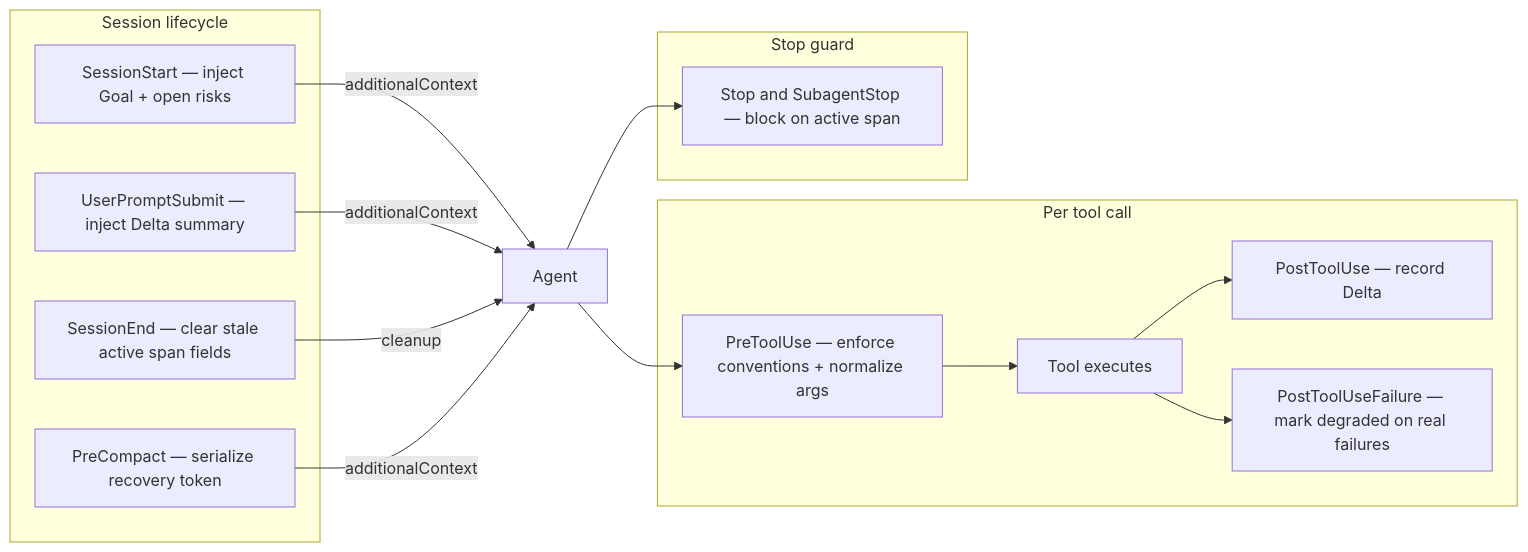
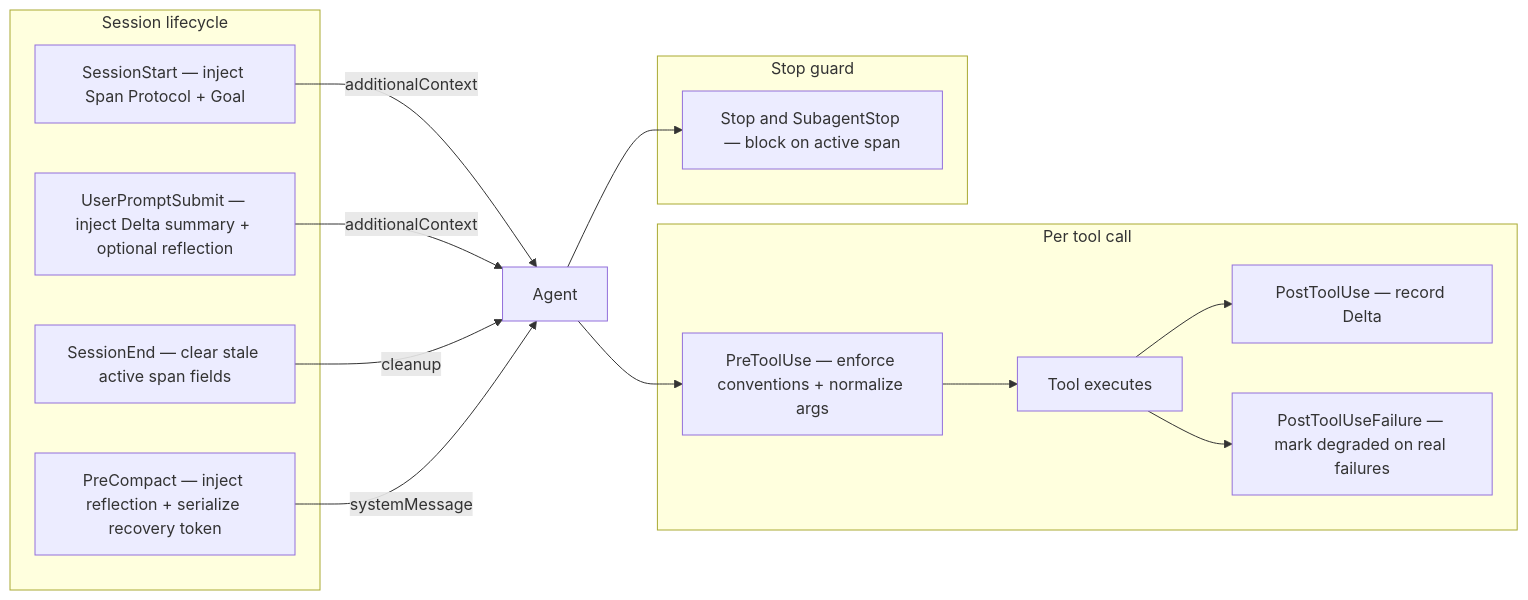
One commit to jianzhichun/emerge changed the fourth of 4 diagrams in README.md. Above: the diagram before and after it, drawn with Mermaid. The commit also changed other lines of this file, not shown here.

First line of the commit message:
chore: pre-release cleanup

````diff
--- a/README.md
+++ b/README.md
@@ -209,28 +209,28 @@
 ```mermaid
 flowchart LR
   subgraph session [Session lifecycle]
-    SS[SessionStart — inject Goal + open risks]
-    UPS[UserPromptSubmit — inject Delta summary]
+    SS[SessionStart — inject Span Protocol + Goal]
+    UPS[UserPromptSubmit — inject Delta summary + optional reflection]
     SE[SessionEnd — clear stale active span fields]
-    PC[PreCompact — serialize recovery token]
+    PC[PreCompact — inject reflection + serialize recovery token]
   end
 
   subgraph percall [Per tool call]
     PTU[PreToolUse — enforce conventions + normalize args]
     EX[Tool executes]
     POTU[PostToolUse — record Delta]
     PTF[PostToolUseFailure — mark degraded on real failures]
   end
 
   subgraph stopguard [Stop guard]
     ST[Stop and SubagentStop — block on active span]
   end
 
   SS -->|additionalContext| Agent
   UPS -->|additionalContext| Agent
   SE -->|cleanup| Agent
-  PC -->|additionalContext| Agent
+  PC -->|systemMessage| Agent
   Agent --> PTU --> EX --> POTU
   EX --> PTF
   Agent --> ST
 ```
````
